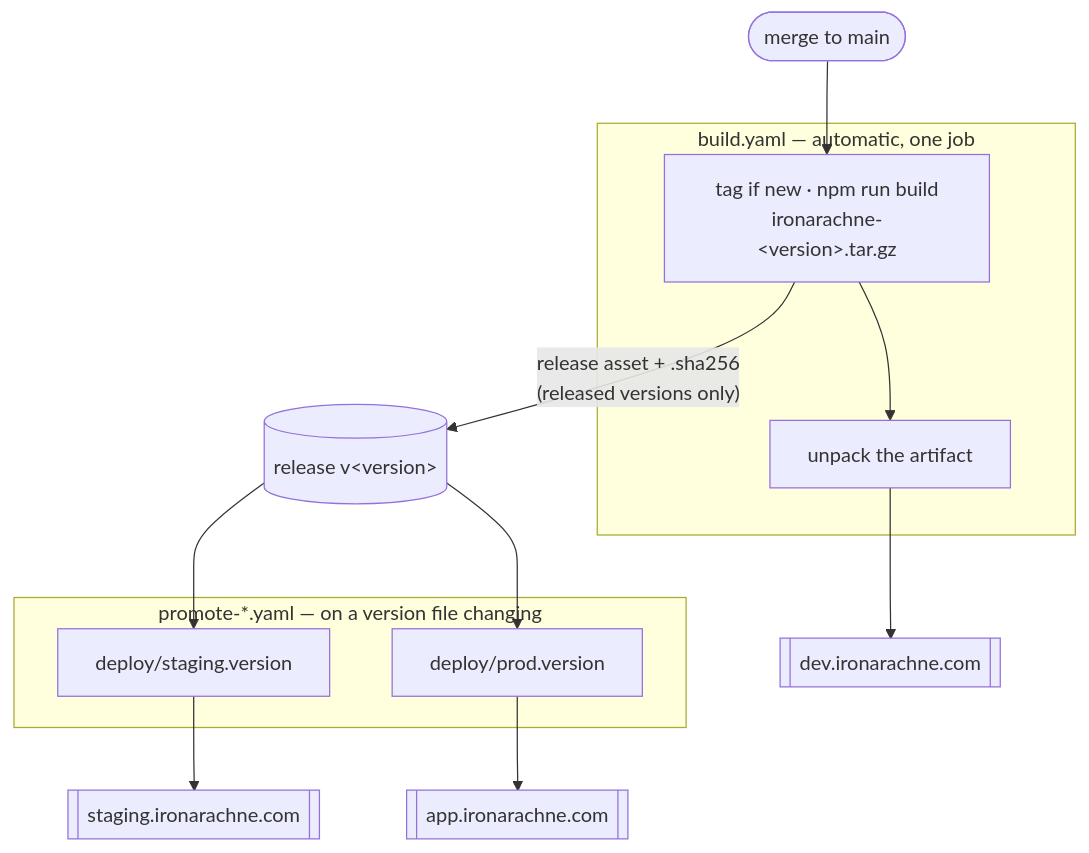
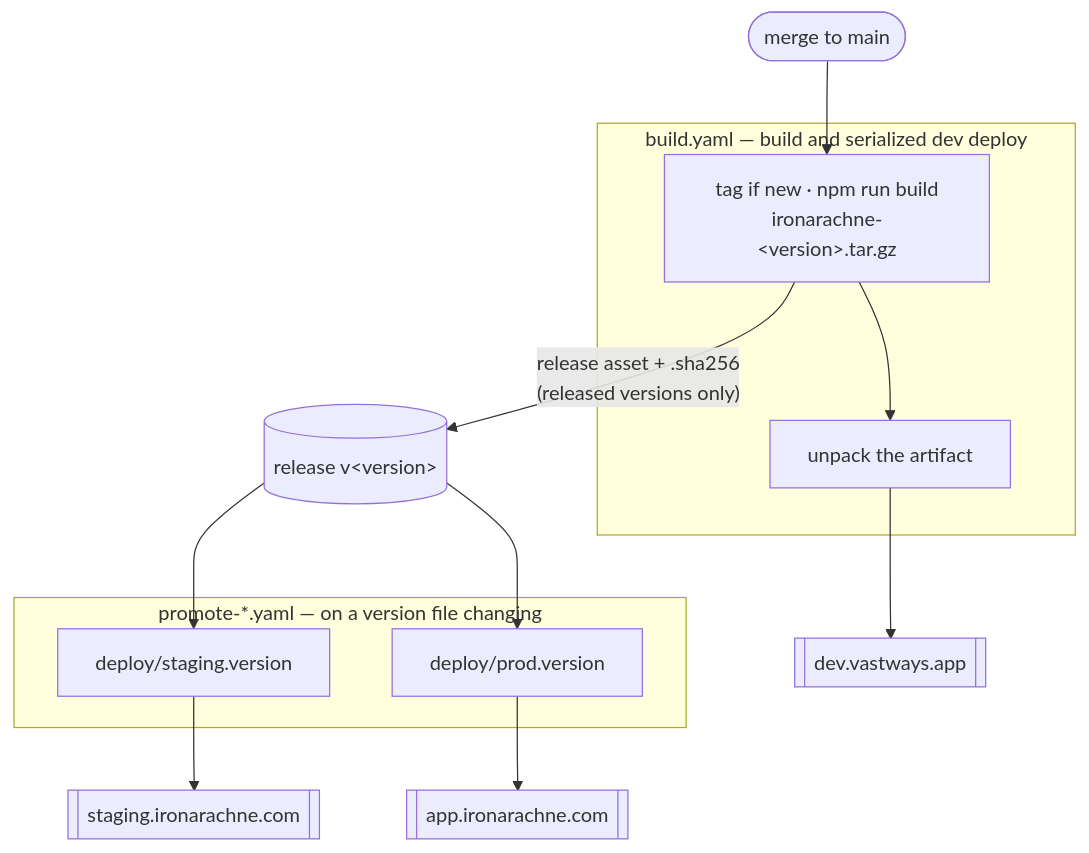
The diagram in docs/deployment.md (ironarachne/ironarachne), drawn with Mermaid before and after one commit. The commit also changed other lines of this file and 6 other files, not shown here.

Commit message:
Publish Vastways dev to Bunny Storage

````diff
--- a/docs/deployment.md
+++ b/docs/deployment.md
@@ -23,23 +23,23 @@
 ```mermaid
 graph TD
     merge([merge to main]) --> build
 
-    subgraph buildwf["build.yaml — automatic, one job"]
+    subgraph buildwf["build.yaml — build and serialized dev deploy"]
         build["tag if new · npm run build<br/>ironarachne-&lt;version&gt;.tar.gz"]
         unpack["unpack the artifact"]
         build --> unpack
     end
 
     build -->|"release asset + .sha256<br/>(released versions only)"| release[("release v&lt;version&gt;")]
-    unpack --> dev[["dev.ironarachne.com"]]
+    unpack --> dev[["dev.vastways.app"]]
 
     subgraph promotewf["promote-*.yaml — on a version file changing"]
         stagingfile["deploy/staging.version"]
         prodfile["deploy/prod.version"]
     end
 
     release --> stagingfile
     release --> prodfile
     stagingfile --> staging[["staging.ironarachne.com"]]
     prodfile --> prod[["app.ironarachne.com"]]
 ```
````
